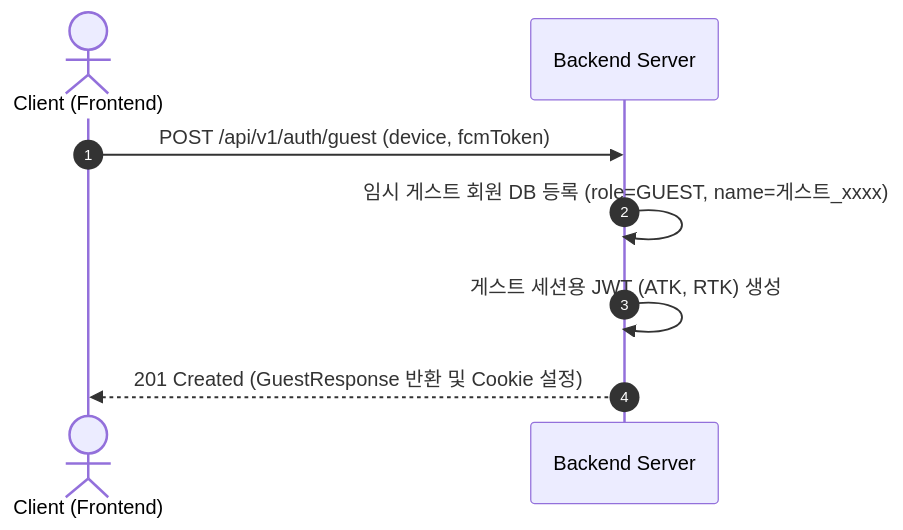
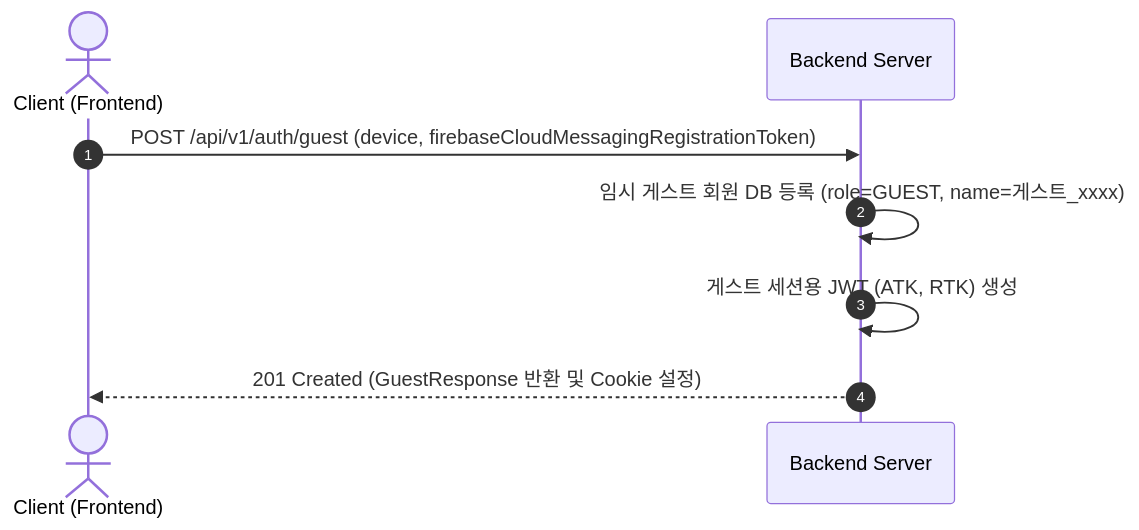
One commit to mju-sugangsincheong-helper2/mju-sugangsincheong-helper-backend changed the second of 6 diagrams in docs/login_logic.md. Above: the diagram before and after it, drawn with Mermaid. The commit also changed other lines of this file and 57 other files, not shown here.

````diff
--- a/docs/login_logic.md
+++ b/docs/login_logic.md
@@ -112,11 +112,11 @@
 ```mermaid
 sequenceDiagram
     autonumber
     actor Client as Client (Frontend)
     participant Server as Backend Server
 
-    Client->>Server: POST /api/v1/auth/guest (device, fcmToken)
+    Client->>Server: POST /api/v1/auth/guest (device, firebaseCloudMessagingRegistrationToken)
     Server->>Server: 임시 게스트 회원 DB 등록 (role=GUEST, name=게스트_xxxx)
     Server->>Server: 게스트 세션용 JWT (ATK, RTK) 생성
     Server-->>Client: 201 Created (GuestResponse 반환 및 Cookie 설정)
 ```
````
